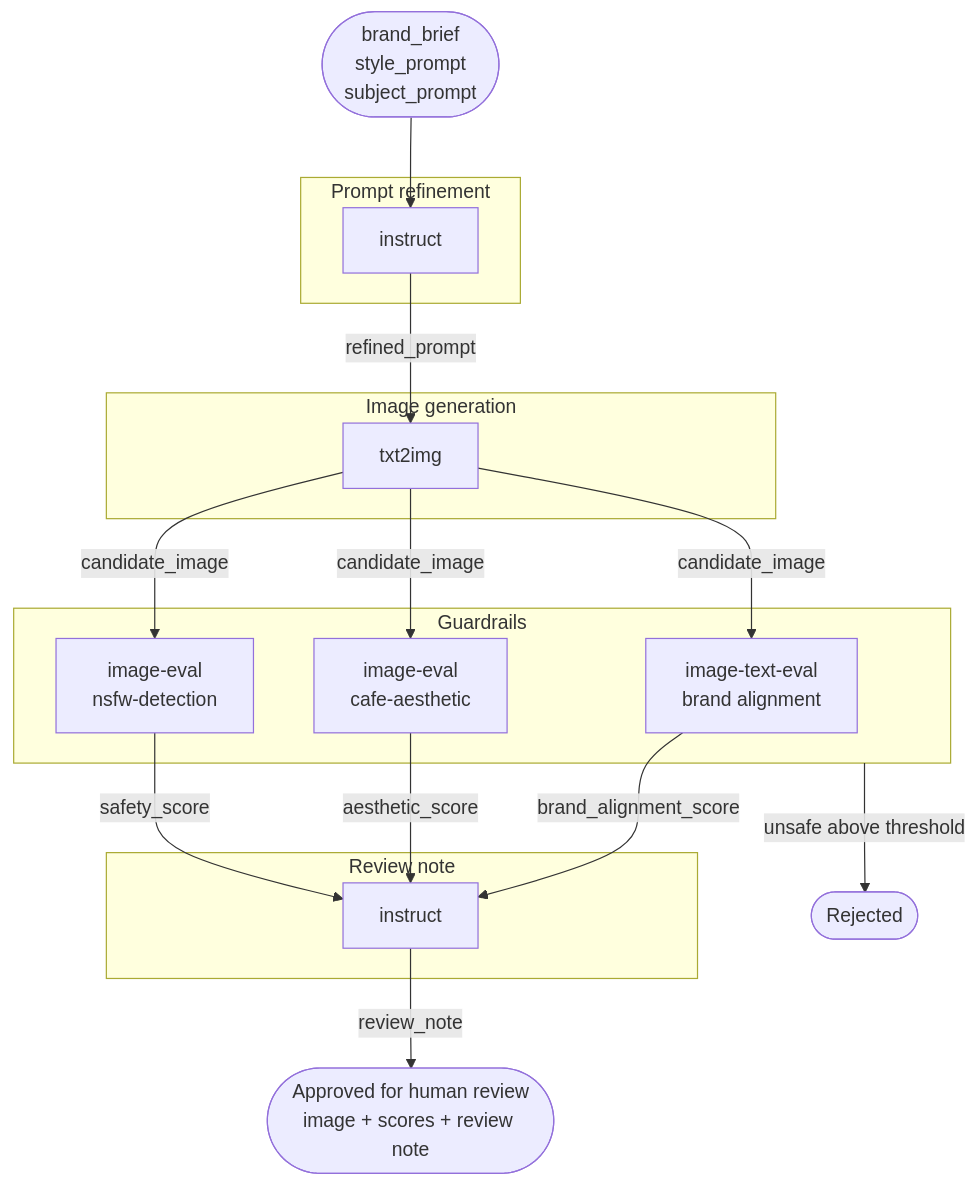
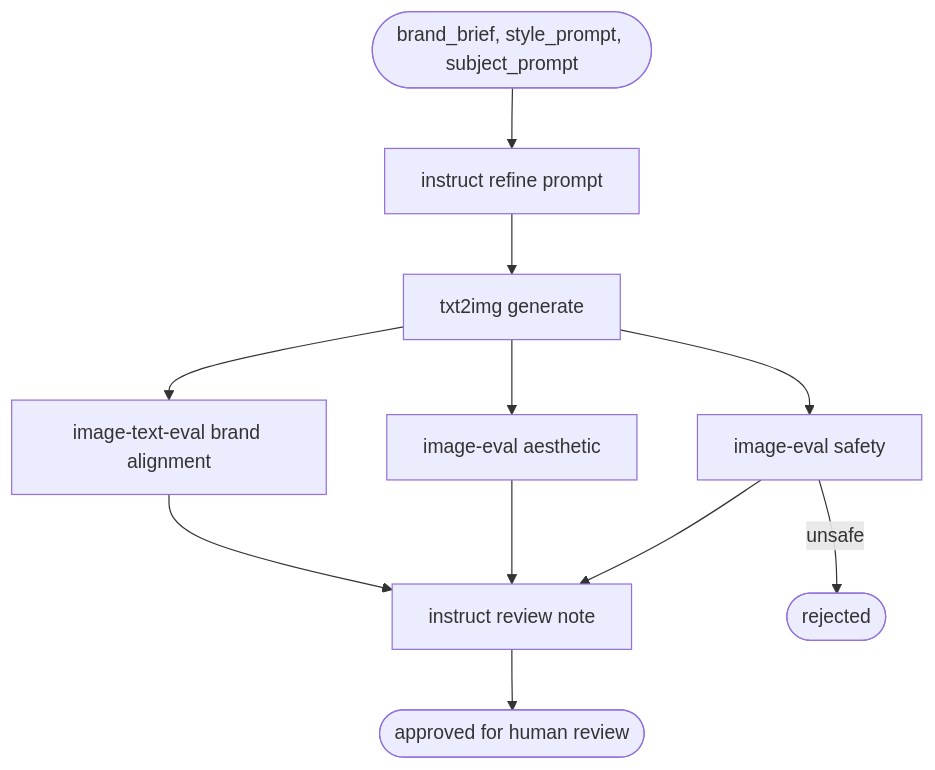
Before and after one commit to bayinfosys/marigold: the third of 3 diagrams in EXAMPLES.md, drawn with Mermaid. The commit also changed other lines of this file and 50 other files, not shown here.

````diff
--- a/EXAMPLES.md
+++ b/EXAMPLES.md
@@ -456,34 +578,19 @@
 ```mermaid
 flowchart TD
-    IN([brand_brief<br />style_prompt<br />subject_prompt])
-
-    subgraph REFINE[Prompt refinement]
-        I1[instruct]
-    end
-
-    subgraph GENERATE[Image generation]
-        I2[txt2img]
-    end
-
-    subgraph EVAL[Guardrails]
-        I3[image-text-eval<br />brand alignment]
-        I4[image-eval<br/>cafe-aesthetic]
-        I5[image-eval<br/>nsfw-detection]
-    end
-
-    subgraph REVIEW[Review note]
-        I6[instruct]
-    end
-
-    REJECT([Rejected])
-    APPROVE([Approved for human review\nimage + scores + review note])
+    IN([brand_brief, style_prompt, subject_prompt])
+    I1[instruct refine prompt]
+    I2[txt2img generate]
+    I3[image-text-eval brand alignment]
+    I4[image-eval aesthetic]
+    I5[image-eval safety]
+    I6[instruct review note]
+    REJECT([rejected])
+    APPROVE([approved for human review])
 
     IN --> I1
-    I1 -->|refined_prompt| I2
-    I2 -->|candidate_image| I3 & I4 & I5
-    I3 -->|brand_alignment_score| I6
-    I4 -->|aesthetic_score| I6
-    I5 -->|safety_score| I6
-    EVAL -->|unsafe above threshold| REJECT
-    I6 -->|review_note| APPROVE
+    I1 --> I2
+    I2 --> I3 & I4 & I5
+    I5 -->|unsafe| REJECT
+    I3 & I4 & I5 --> I6
+    I6 --> APPROVE
 ```
````
